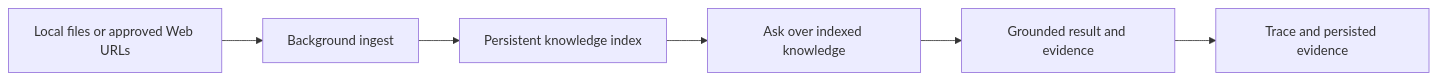
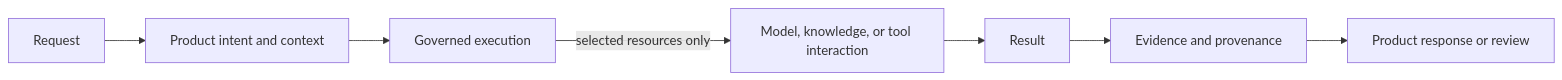
One commit to jakbuczarnecki/intergrax changed the second of 2 diagrams in docs/project/architecture/ARCHITECTURE_OVERVIEW.md. Above: the diagram before and after it, drawn with Mermaid. The commit also changed other lines of this file and 1 other file, not shown here.

Commit message:
docs: clarify Intergrax architecture overview

````diff
--- a/docs/project/architecture/ARCHITECTURE_OVERVIEW.md
+++ b/docs/project/architecture/ARCHITECTURE_OVERVIEW.md
@@ -116,9 +70,9 @@
 ```mermaid
 flowchart LR
-    S[Local files or approved Web URLs]
-    S --> I[Background ingest]
-    I --> K[Persistent knowledge index]
-    K --> Q[Ask over indexed knowledge]
-    Q --> R[Grounded result and evidence]
-    R --> T[Trace and persisted evidence]
+    REQUEST[Request] --> INTENT[Product intent and context]
+    INTENT --> EXECUTION[Governed execution]
+    EXECUTION -->|selected resources only| RESOURCE[Model, knowledge, or tool interaction]
+    RESOURCE --> RESULT[Result]
+    RESULT --> RECEIPT[Evidence and provenance]
+    RECEIPT --> RESPONSE[Product response or review]
 ```
````
